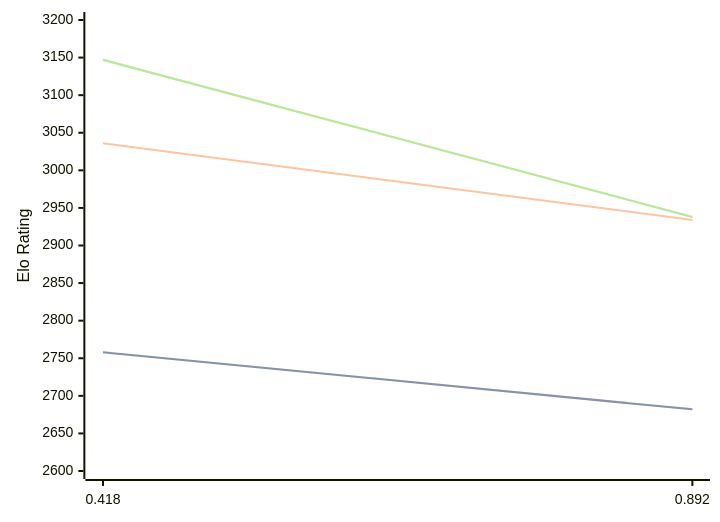
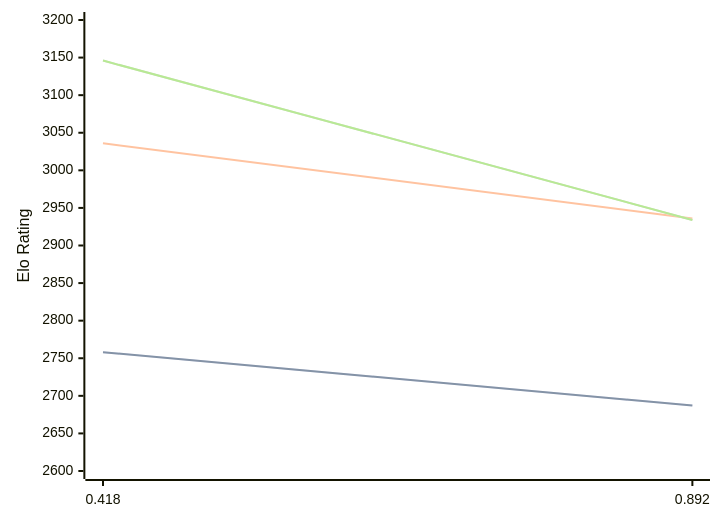
The diagram in engines/Malika.md (computer-chess-index/cci), drawn with Mermaid before and after one commit. The commit also changed other lines of this file, not shown here.

Commit message:
Update CCI Ratings (ELO VLTC) - 2026-03-06

````diff
--- a/engines/Malika.md
+++ b/engines/Malika.md
@@ -30,11 +30,11 @@
 ```mermaid
 %%{init: {"theme":"base","themeVariables":{"seriesColors:['#a3a3a3','#222221','#faa371']}}}%%
 xychart-beta
   x-axis ["0.418", "0.892"]
   y-axis "Elo Rating" 2600 --> 3200
-  line "STC (8.0+0.08s)" [2758, 2682]
-  line "STC (8.0+0.08s)" [2758, 2682]
-  line "LTC (60.0+0.60s)" [3036, 2934]
-  line "VLTC (2m24s+1.12s)" [3147, 2938]
-  line "VLTC (2m24s+1.12s)" [3147, 2938]
+  line "STC (8.0+0.08s)" [2758, 2687]
+  line "STC (8.0+0.08s)" [2758, 2687]
+  line "LTC (60.0+0.60s)" [3036, 2936]
+  line "VLTC (2m24s+1.12s)" [3146, 2934]
+  line "VLTC (2m24s+1.12s)" [3146, 2934]
 ```
````
